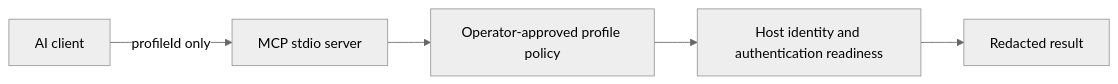
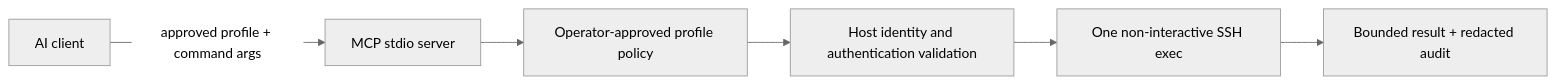
One commit to VissotoFlavio/ssh-mcp-server changed the diagram in README.md. Above: the diagram before and after it, drawn with Mermaid (neutral theme). The commit also changed other lines of this file and 36 other files, not shown here.

First line of the commit message:
feat(ssh): add bounded remote command execution (#93)

````diff
--- a/README.md
+++ b/README.md
@@ -64,7 +67,8 @@
 ```mermaid
 flowchart LR
-  A[AI client] -->|profileId only| B[MCP stdio server]
+  A[AI client] -->|approved profile + command args| B[MCP stdio server]
   B --> C[Operator-approved profile policy]
-  C --> D[Host identity and authentication readiness]
-  D --> E[Redacted result]
+  C --> D[Host identity and authentication validation]
+  D --> E[One non-interactive SSH exec]
+  E --> F[Bounded result + redacted audit]
 ```
````
